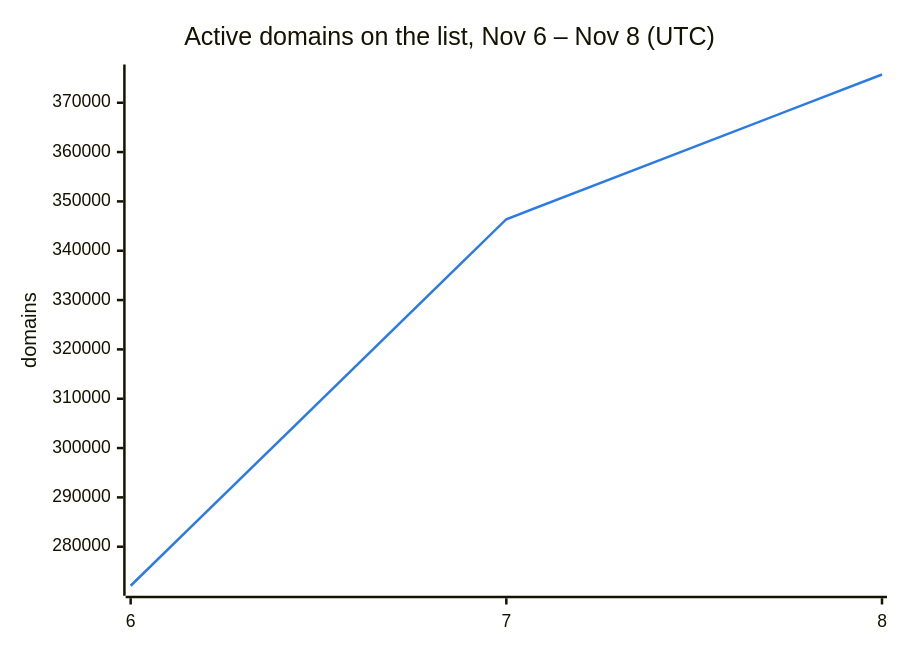
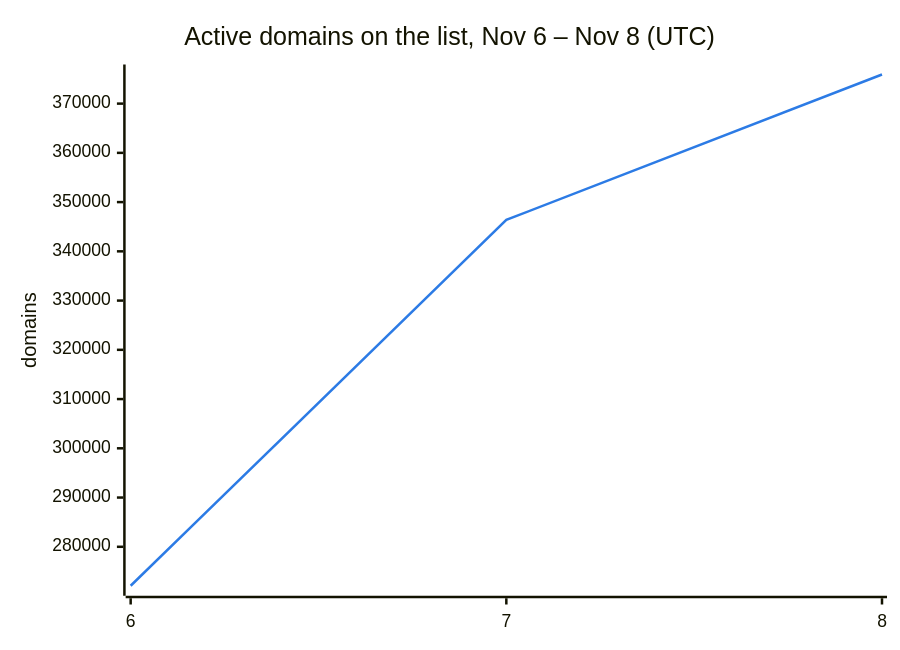
One commit to DNSBunker/CTI changed the second of 3 diagrams in README.md. Above: the diagram before and after it, drawn with Mermaid. The commit also changed other lines of this file and 3 other files, not shown here.

````diff
--- a/README.md
+++ b/README.md
@@ -38,8 +38,8 @@
 ```mermaid
 %%{init: {"themeVariables": {"xyChart": {"plotColorPalette": "#2c7be5"}}}}%%
 xychart-beta
     title "Active domains on the list, Nov 6 – Nov 8 (UTC)"
     x-axis ["6", "7", "8"]
     y-axis "domains"
-    line [272088, 346388, 375725]
+    line [272088, 346388, 375913]
 ```
````
